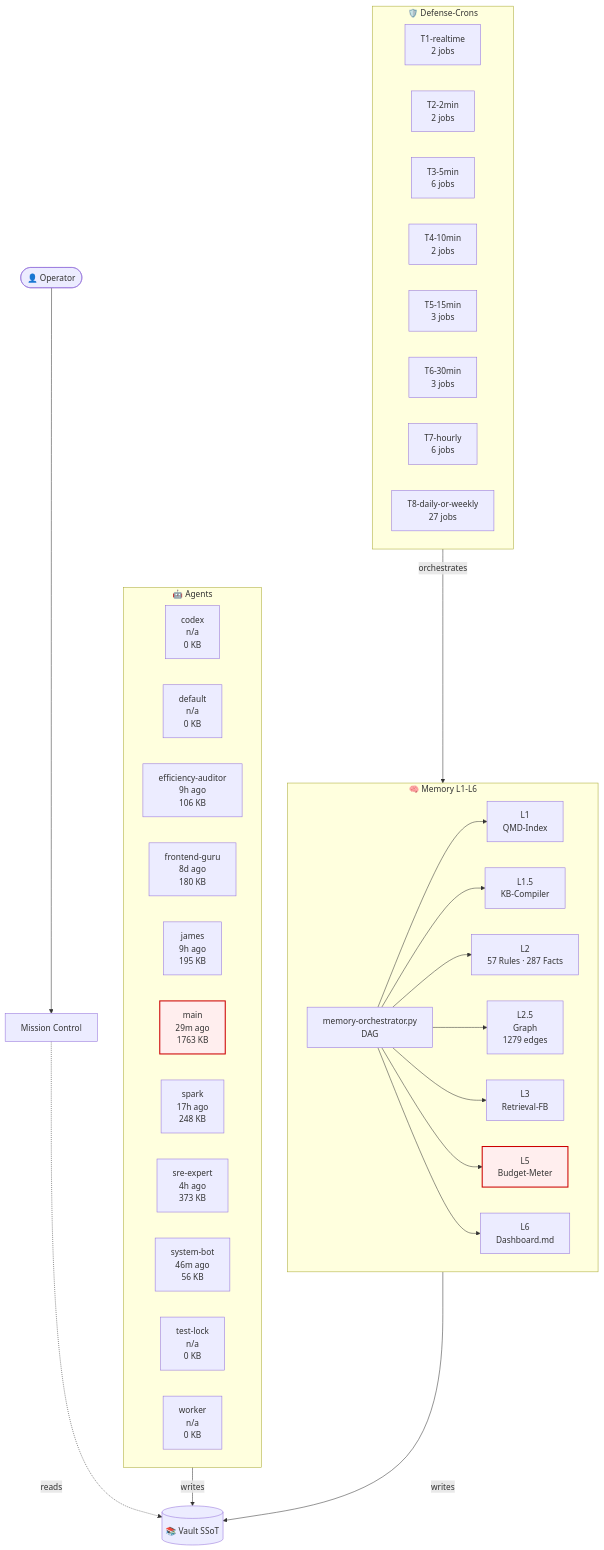
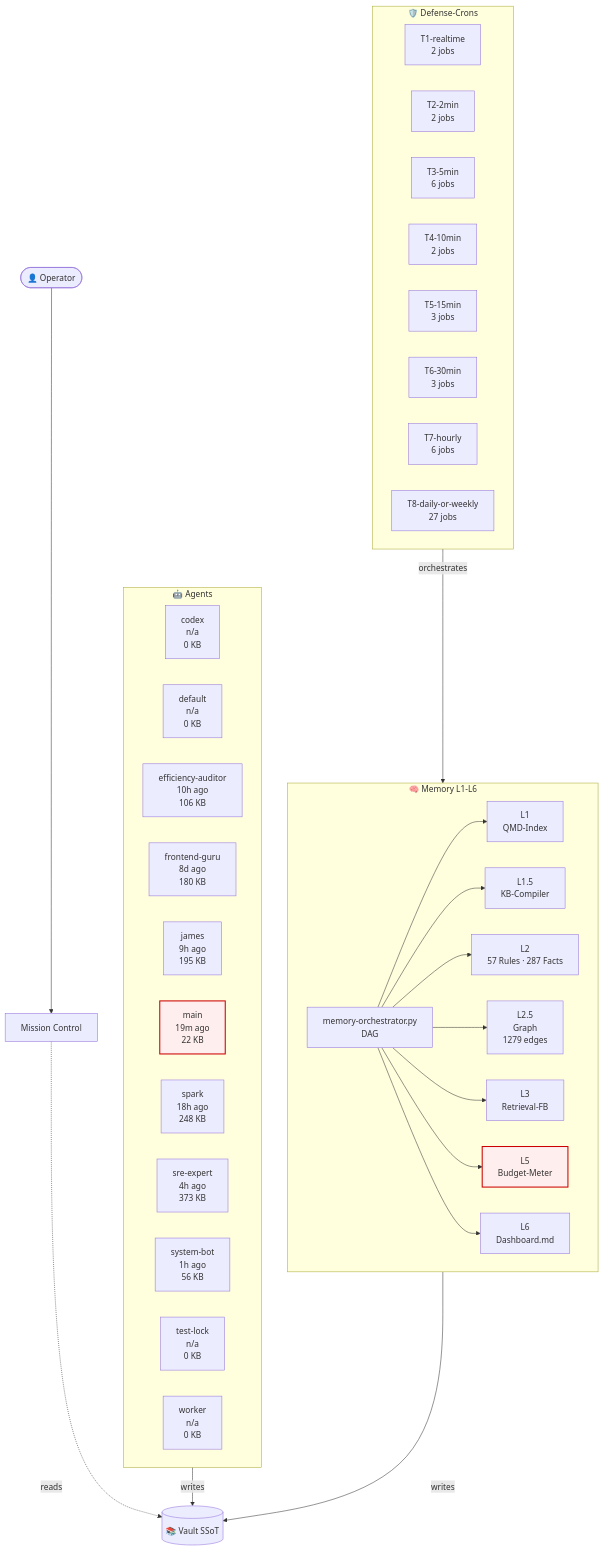
One commit to lenardhuebner88-rgb/openclaw-memory changed the diagram in 03-Agents/architecture-live.md. Above: the diagram before and after it, drawn with Mermaid. The commit also changed other lines of this file and 13 other files, not shown here.

````diff
--- a/03-Agents/architecture-live.md
+++ b/03-Agents/architecture-live.md
@@ -18,54 +18,54 @@
 ```mermaid
 flowchart TB
     classDef critical fill:#fee,stroke:#c00,stroke-width:2px;
     subgraph AGT["🤖 Agents"]
         agent_codex["codex<br/>n/a<br/>0 KB"]
         agent_default["default<br/>n/a<br/>0 KB"]
-        agent_efficiency_auditor["efficiency-auditor<br/>9h ago<br/>106 KB"]
+        agent_efficiency_auditor["efficiency-auditor<br/>10h ago<br/>106 KB"]
         agent_frontend_guru["frontend-guru<br/>8d ago<br/>180 KB"]
         agent_james["james<br/>9h ago<br/>195 KB"]
-        agent_main["main<br/>29m ago<br/>1763 KB"]
-        agent_spark["spark<br/>17h ago<br/>248 KB"]
+        agent_main["main<br/>19m ago<br/>22 KB"]
+        agent_spark["spark<br/>18h ago<br/>248 KB"]
         agent_sre_expert["sre-expert<br/>4h ago<br/>373 KB"]
-        agent_system_bot["system-bot<br/>46m ago<br/>56 KB"]
+        agent_system_bot["system-bot<br/>1h ago<br/>56 KB"]
         agent_test_lock["test-lock<br/>n/a<br/>0 KB"]
         agent_worker["worker<br/>n/a<br/>0 KB"]
     end
     subgraph MEM["🧠 Memory L1-L6"]
         L1["L1<br/>QMD-Index"]
         L15["L1.5<br/>KB-Compiler"]
         L2["L2<br/>57 Rules · 287 Facts"]
         L25["L2.5<br/>Graph<br/>1279 edges"]
         L3["L3<br/>Retrieval-FB"]
         L5["L5<br/>Budget-Meter"]
         L6["L6<br/>Dashboard.md"]
         ORCH["memory-orchestrator.py<br/>DAG"]
     end
     subgraph CRN["🛡️ Defense-Crons"]
         tier_T1_realtime["T1-realtime<br/>2 jobs"]
         tier_T2_2min["T2-2min<br/>2 jobs"]
         tier_T3_5min["T3-5min<br/>6 jobs"]
         tier_T4_10min["T4-10min<br/>2 jobs"]
         tier_T5_15min["T5-15min<br/>3 jobs"]
         tier_T6_30min["T6-30min<br/>3 jobs"]
         tier_T7_hourly["T7-hourly<br/>6 jobs"]
         tier_T8_daily_or_weekly["T8-daily-or-weekly<br/>27 jobs"]
     end
     VAULT[("📚 Vault SSoT")]
     OP([👤 Operator])
     MC["Mission Control"]
     OP --> MC
     MC -.reads.-> VAULT
     AGT -->|writes| VAULT
     MEM -->|writes| VAULT
     ORCH --> L1
     ORCH --> L15
     ORCH --> L2
     ORCH --> L25
     ORCH --> L3
     ORCH --> L5
     ORCH --> L6
     CRN -->|orchestrates| MEM
     class L5 critical
     class agent_main critical
 ```
````
